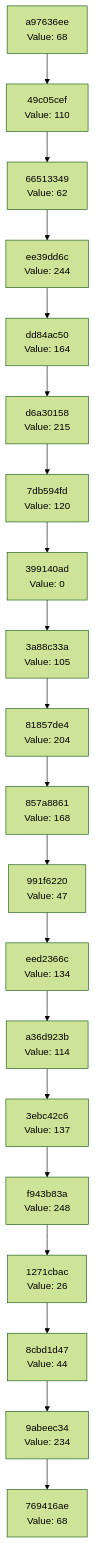
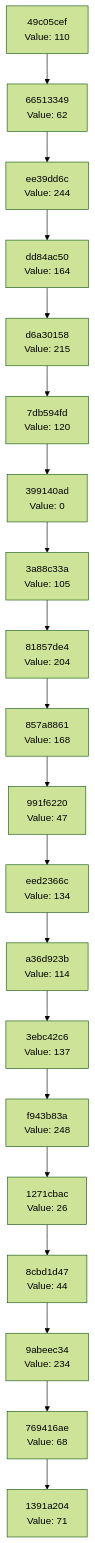
One commit to Abhisheksinha1506/hash-chain-evolver changed the diagram in docs/CHAIN_VISUALIZATION.md. Above: the diagram before and after it, drawn with Mermaid (forest theme). The commit also changed 2 other files, not shown here.

Commit message:
Evolution step: hash 0x47 → action executed

````diff
--- a/docs/CHAIN_VISUALIZATION.md
+++ b/docs/CHAIN_VISUALIZATION.md
@@ -3,42 +3,42 @@
 ```mermaid
 graph TD
-    C0["769416ae<br/>Value: 68"]
-    C1["9abeec34<br/>Value: 234"]
+    C0["1391a204<br/>Value: 71"]
+    C1["769416ae<br/>Value: 68"]
     C1 --> C0
-    C2["8cbd1d47<br/>Value: 44"]
+    C2["9abeec34<br/>Value: 234"]
     C2 --> C1
-    C3["1271cbac<br/>Value: 26"]
+    C3["8cbd1d47<br/>Value: 44"]
     C3 --> C2
-    C4["f943b83a<br/>Value: 248"]
+    C4["1271cbac<br/>Value: 26"]
     C4 --> C3
-    C5["3ebc42c6<br/>Value: 137"]
+    C5["f943b83a<br/>Value: 248"]
     C5 --> C4
-    C6["a36d923b<br/>Value: 114"]
+    C6["3ebc42c6<br/>Value: 137"]
     C6 --> C5
-    C7["eed2366c<br/>Value: 134"]
+    C7["a36d923b<br/>Value: 114"]
     C7 --> C6
-    C8["991f6220<br/>Value: 47"]
+    C8["eed2366c<br/>Value: 134"]
     C8 --> C7
-    C9["857a8861<br/>Value: 168"]
+    C9["991f6220<br/>Value: 47"]
     C9 --> C8
-    C10["81857de4<br/>Value: 204"]
+    C10["857a8861<br/>Value: 168"]
     C10 --> C9
-    C11["3a88c33a<br/>Value: 105"]
+    C11["81857de4<br/>Value: 204"]
     C11 --> C10
-    C12["399140ad<br/>Value: 0"]
+    C12["3a88c33a<br/>Value: 105"]
     C12 --> C11
-    C13["7db594fd<br/>Value: 120"]
+    C13["399140ad<br/>Value: 0"]
     C13 --> C12
-    C14["d6a30158<br/>Value: 215"]
+    C14["7db594fd<br/>Value: 120"]
     C14 --> C13
-    C15["dd84ac50<br/>Value: 164"]
+    C15["d6a30158<br/>Value: 215"]
     C15 --> C14
-    C16["ee39dd6c<br/>Value: 244"]
+    C16["dd84ac50<br/>Value: 164"]
     C16 --> C15
-    C17["66513349<br/>Value: 62"]
+    C17["ee39dd6c<br/>Value: 244"]
     C17 --> C16
-    C18["49c05cef<br/>Value: 110"]
+    C18["66513349<br/>Value: 62"]
     C18 --> C17
-    C19["a97636ee<br/>Value: 68"]
+    C19["49c05cef<br/>Value: 110"]
     C19 --> C18
 ```
````
